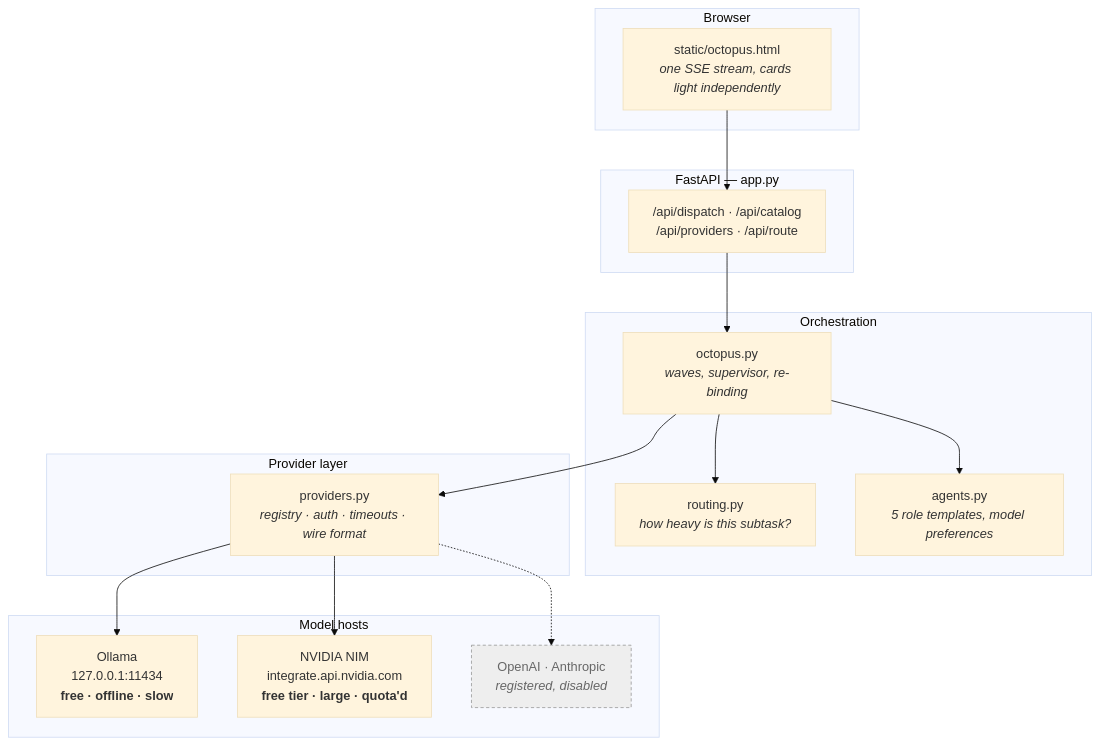
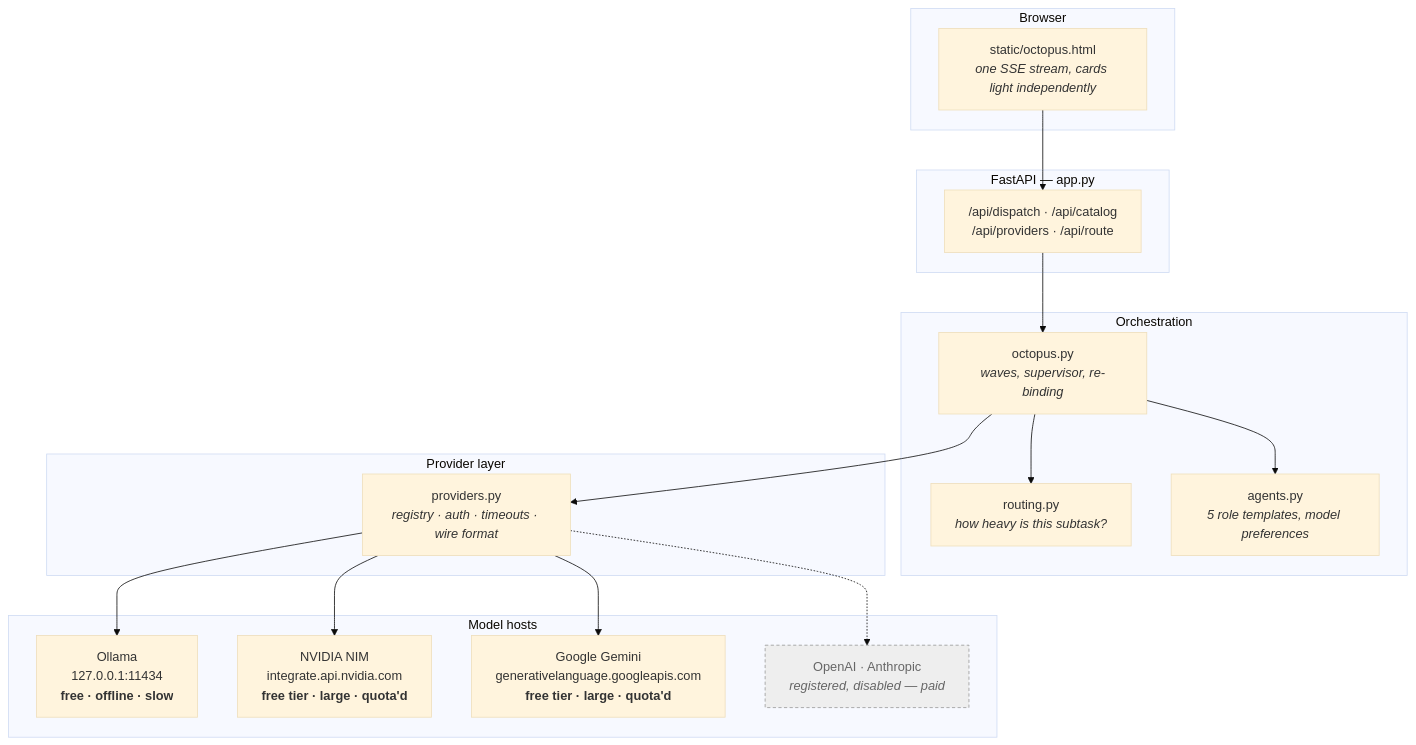
One commit to Bablu-singh/octopus-nim changed the first of 3 diagrams in docs/ARCHITECTURE.md. Above: the diagram before and after it, drawn with Mermaid (base theme). The commit also changed other lines of this file and 8 other files, not shown here.

````diff
--- a/docs/ARCHITECTURE.md
+++ b/docs/ARCHITECTURE.md
@@ -18,37 +18,39 @@
 ```mermaid
 flowchart TB
     subgraph browser["Browser"]
         UI["static/octopus.html<br/><i>one SSE stream, cards light independently</i>"]
     end
 
     subgraph server["FastAPI — app.py"]
         API["/api/dispatch · /api/catalog<br>/api/providers · /api/route"]
     end
 
     subgraph brain["Orchestration"]
         OCT["octopus.py<br/><i>waves, supervisor, re-binding</i>"]
         ROUTE["routing.py<br/><i>how heavy is this subtask?</i>"]
         AG["agents.py<br/><i>5 role templates, model preferences</i>"]
     end
 
     subgraph transport["Provider layer"]
         PROV["providers.py<br/><i>registry · auth · timeouts · wire format</i>"]
     end
 
     subgraph outside["Model hosts"]
         LOCAL["Ollama<br/>127.0.0.1:11434<br/><b>free · offline · slow</b>"]
         NIM["NVIDIA NIM<br/>integrate.api.nvidia.com<br/><b>free tier · large · quota'd</b>"]
-        FUTURE["OpenAI · Anthropic<br/><i>registered, disabled</i>"]
+        GEM["Google Gemini<br/>generativelanguage.googleapis.com<br/><b>free tier · large · quota'd</b>"]
+        FUTURE["OpenAI · Anthropic<br/><i>registered, disabled — paid</i>"]
     end
 
     UI --> API --> OCT
     OCT --> ROUTE
     OCT --> AG
     OCT --> PROV
     PROV --> LOCAL
     PROV --> NIM
+    PROV --> GEM
     PROV -.-> FUTURE
 
     classDef off fill:#eee,stroke:#999,color:#666,stroke-dasharray:4 3
     class FUTURE off
 ```
````
